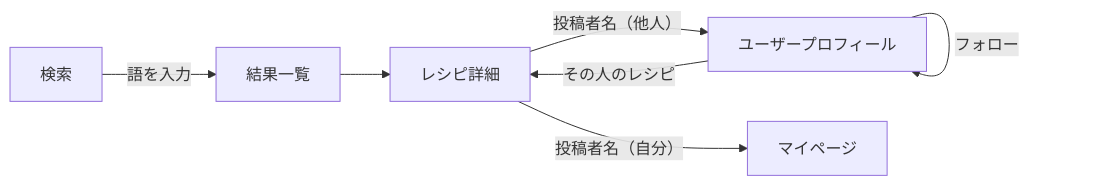
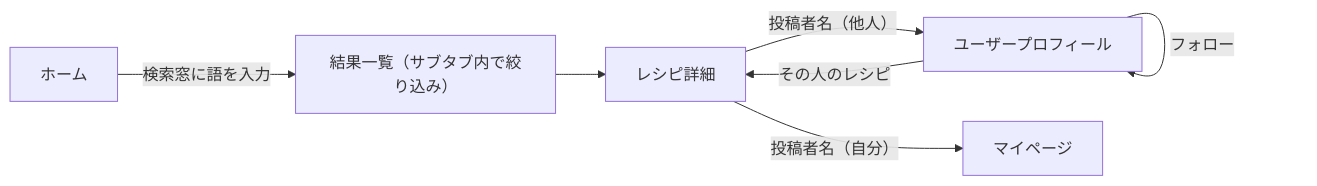
One commit to yamamotonaoki3/Recipi changed the fourth of 7 diagrams in docs/requirements/screens/transitions.md. Above: the diagram before and after it, drawn with Mermaid. The commit also changed other lines of this file and 15 other files, not shown here.

````diff
--- a/docs/requirements/screens/transitions.md
+++ b/docs/requirements/screens/transitions.md
@@ -77,9 +76,9 @@
 ```mermaid
 flowchart LR
-    S[検索] -->|語を入力| SR[結果一覧]
+    H[ホーム] -->|検索窓に語を入力| SR[結果一覧（サブタブ内で絞り込み）]
     SR --> D[レシピ詳細]
     D -->|投稿者名（他人）| U[ユーザープロフィール]
     D -->|投稿者名（自分）| M[マイページ]
     U -->|フォロー| U
     U -->|その人のレシピ| D
 ```
````
